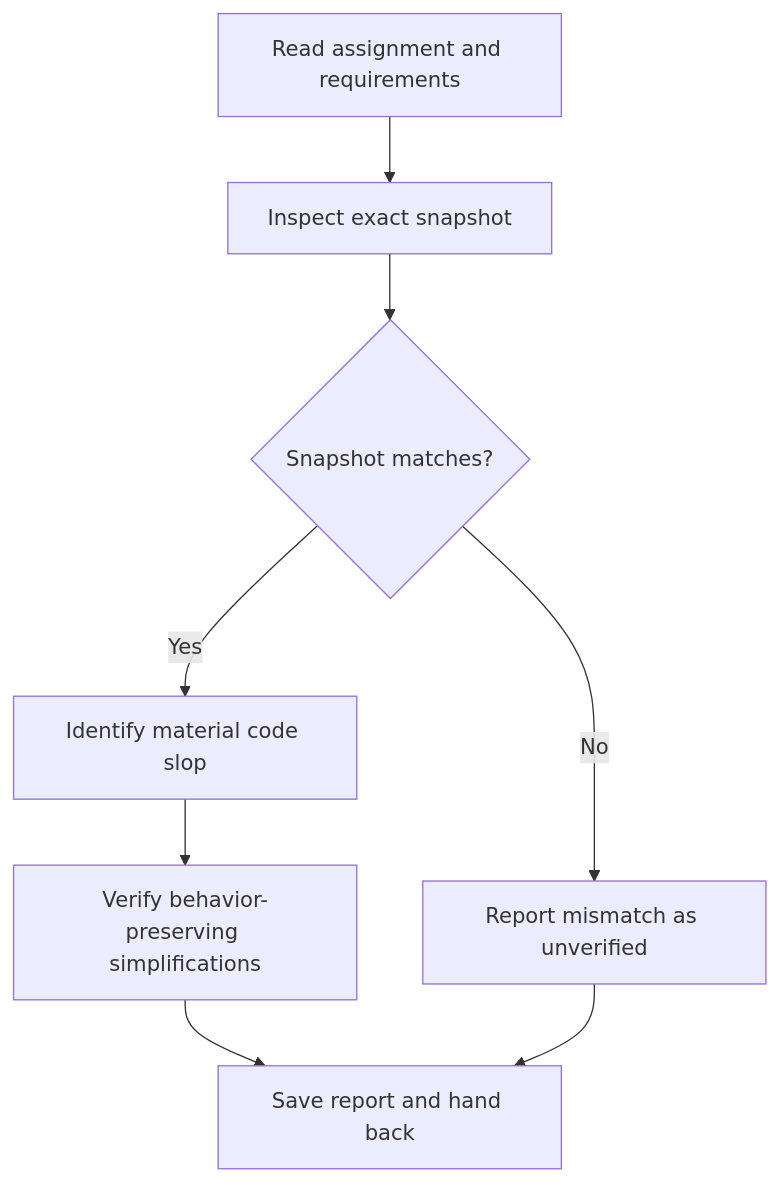
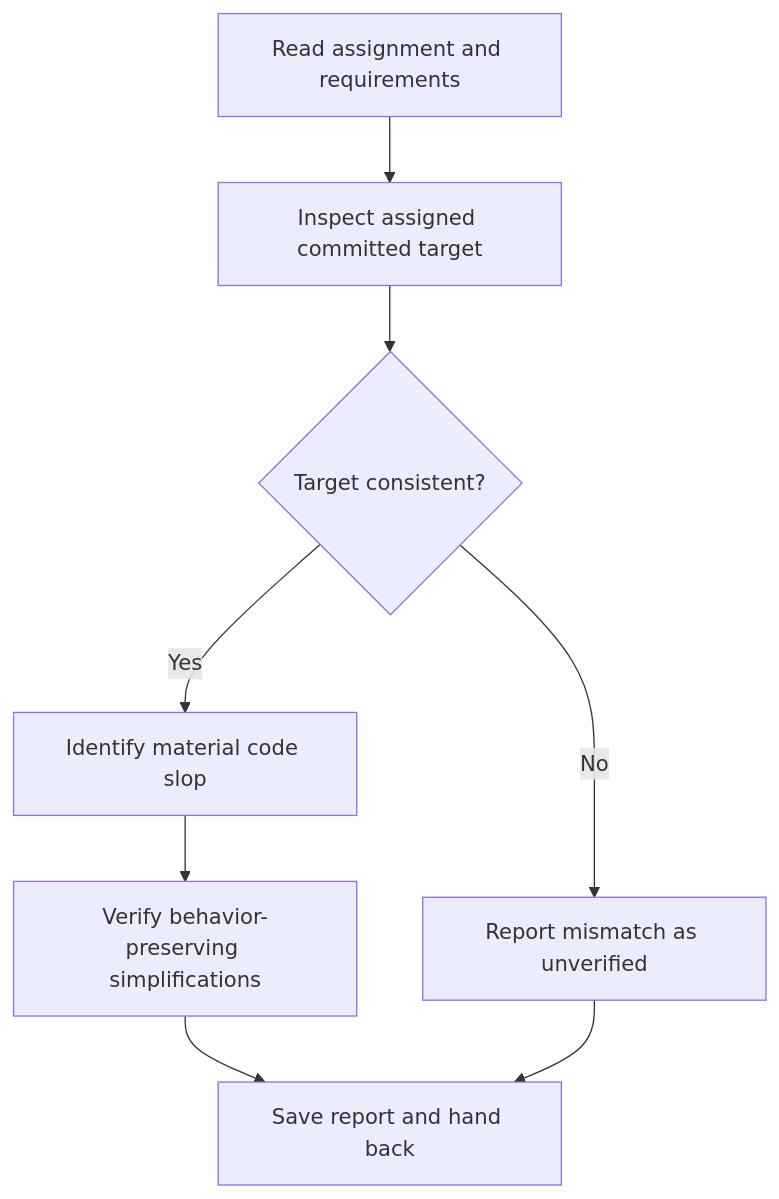
One commit to UseTheFork/spindle changed the diagram in .github/agents/sdd-code-slop-reviewer.agent.md. Above: the diagram before and after it, drawn with Mermaid. The commit also changed other lines of this file and 76 other files, not shown here.

````diff
--- a/.github/agents/sdd-code-slop-reviewer.agent.md
+++ b/.github/agents/sdd-code-slop-reviewer.agent.md
@@ -42,10 +42,10 @@
 ```mermaid
 flowchart TD
-    A[Read assignment and requirements] --> B[Inspect exact snapshot]
-    B --> C{Snapshot matches?}
+    A[Read assignment and requirements] --> B[Inspect assigned committed target]
+    B --> C{Target consistent?}
     C -- No --> D[Report mismatch as unverified]
     C -- Yes --> E[Identify material code slop]
     E --> F[Verify behavior-preserving simplifications]
     F --> G[Save report and hand back]
     D --> G
 ```
````
